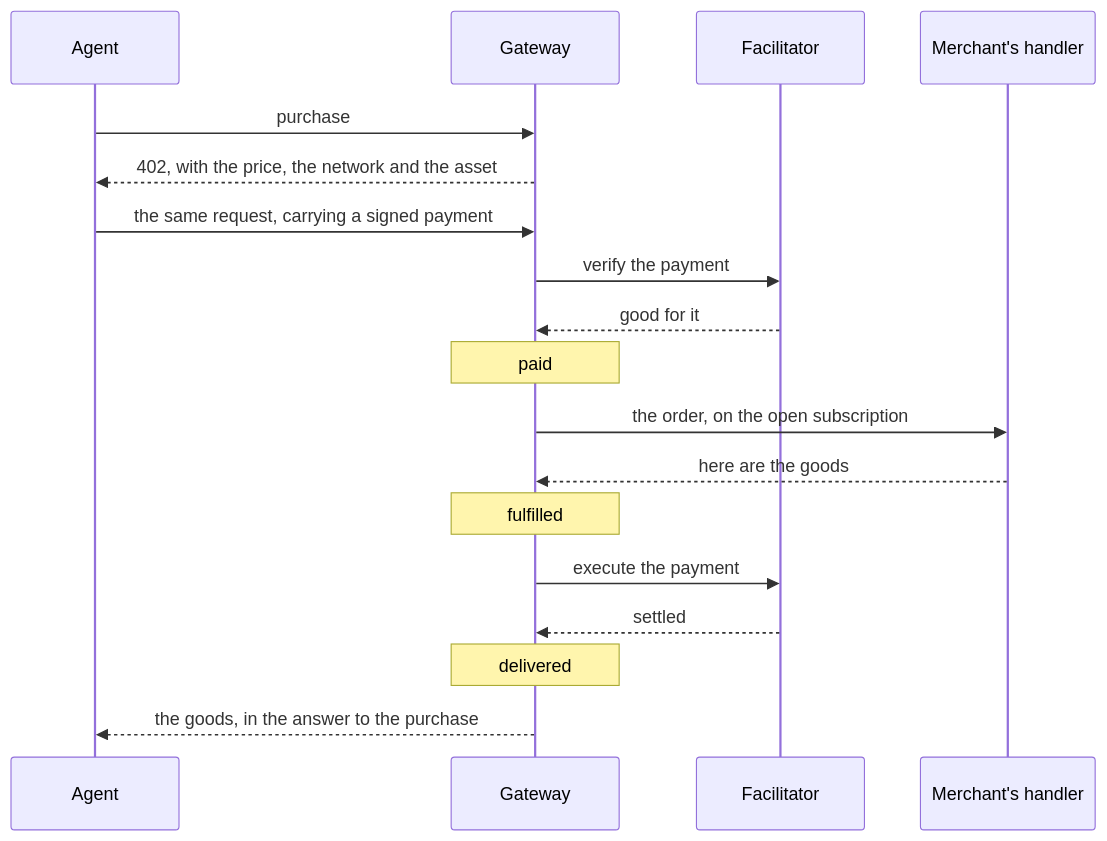
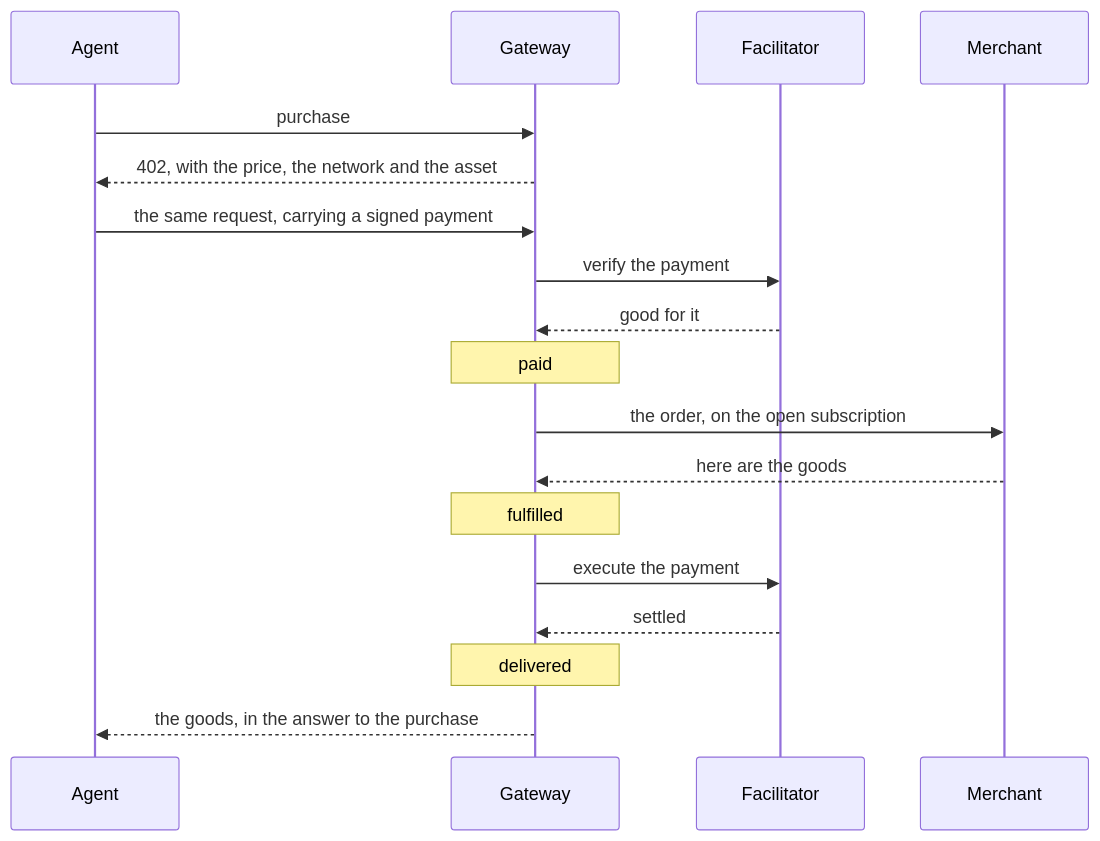
One commit to aftercard/agentify changed the first of 3 diagrams in README.md. Above: the diagram before and after it, drawn with Mermaid. The commit also changed other lines of this file, not shown here.

First line of the commit message:
docs(readme): the diagrams name the merchant, not the process they reach

````diff
--- a/README.md
+++ b/README.md
@@ -77,20 +77,20 @@
 ```mermaid
 sequenceDiagram
     participant A as Agent
     participant G as Gateway
     participant F as Facilitator
-    participant H as Merchant's handler
+    participant H as Merchant
     A->>G: purchase
     G-->>A: 402, with the price, the network and the asset
     A->>G: the same request, carrying a signed payment
     G->>F: verify the payment
     F-->>G: good for it
     Note over G: paid
     G->>H: the order, on the open subscription
     H-->>G: here are the goods
     Note over G: fulfilled
     G->>F: execute the payment
     F-->>G: settled
     Note over G: delivered
     G-->>A: the goods, in the answer to the purchase
 ```
````
